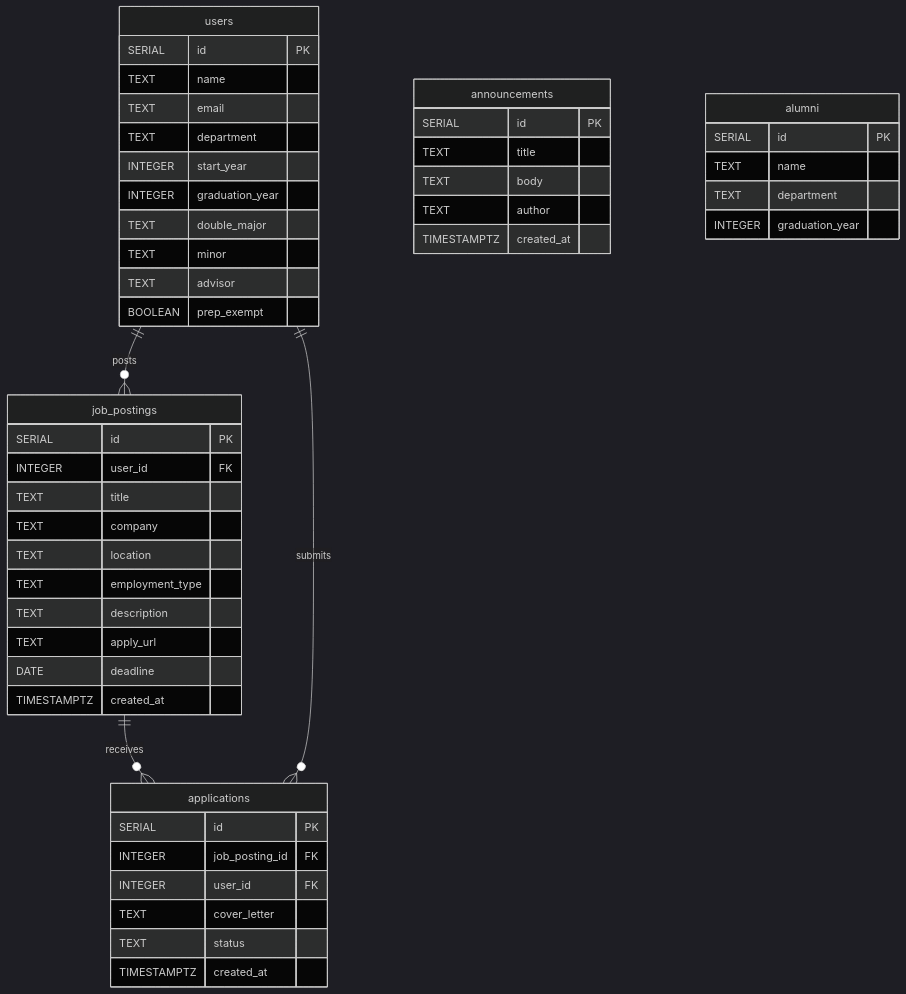
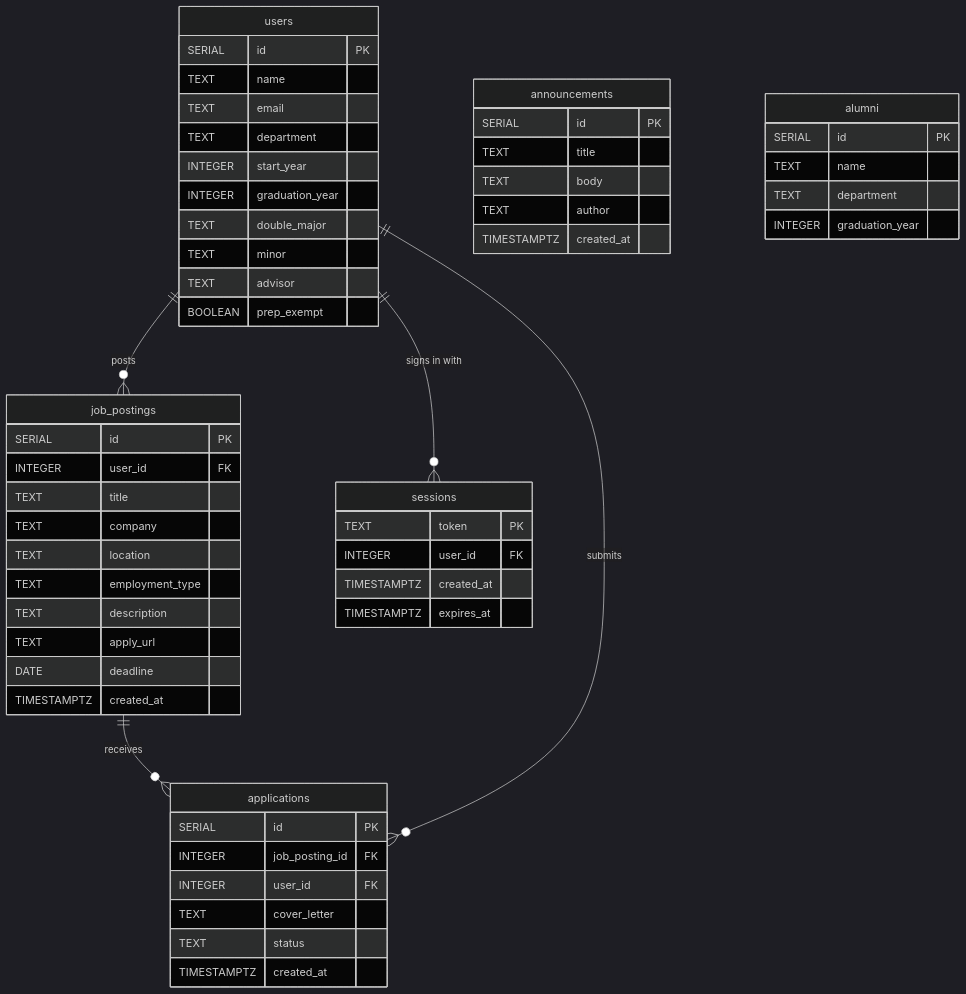
The diagram in DDD.md (rabizd/alumni), drawn with Mermaid (dark theme) before and after one commit. The commit also changed other lines of this file and 20 other files, not shown here.

````diff
--- a/DDD.md
+++ b/DDD.md
@@ -54,51 +55,58 @@
 ```mermaid
 erDiagram
     users {
         SERIAL id PK
         TEXT name
         TEXT email
         TEXT department
         INTEGER start_year
         INTEGER graduation_year
         TEXT double_major
         TEXT minor
         TEXT advisor
         BOOLEAN prep_exempt
     }
     announcements {
         SERIAL id PK
         TEXT title
         TEXT body
         TEXT author
         TIMESTAMPTZ created_at
     }
     alumni {
         SERIAL id PK
         TEXT name
         TEXT department
         INTEGER graduation_year
     }
     job_postings {
         SERIAL id PK
         INTEGER user_id FK
         TEXT title
         TEXT company
         TEXT location
         TEXT employment_type
         TEXT description
         TEXT apply_url
         DATE deadline
         TIMESTAMPTZ created_at
     }
     applications {
         SERIAL id PK
         INTEGER job_posting_id FK
         INTEGER user_id FK
         TEXT cover_letter
         TEXT status
         TIMESTAMPTZ created_at
     }
+    sessions {
+        TEXT token PK
+        INTEGER user_id FK
+        TIMESTAMPTZ created_at
+        TIMESTAMPTZ expires_at
+    }
+    users ||--o{ sessions : "signs in with"
     users ||--o{ job_postings : posts
     job_postings ||--o{ applications : receives
     users ||--o{ applications : submits
 ```
````
